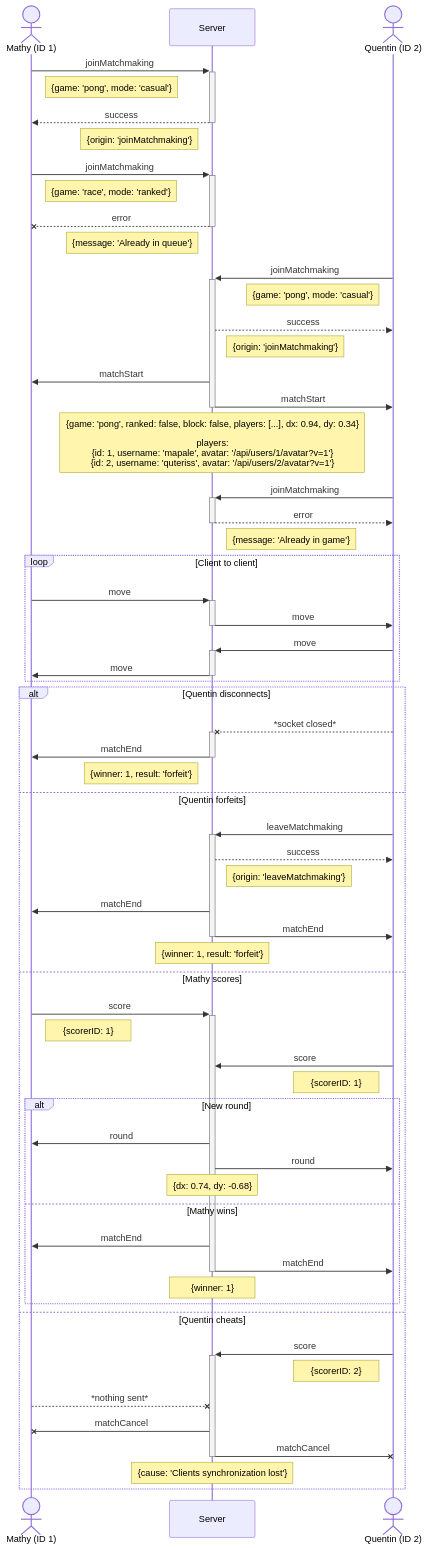
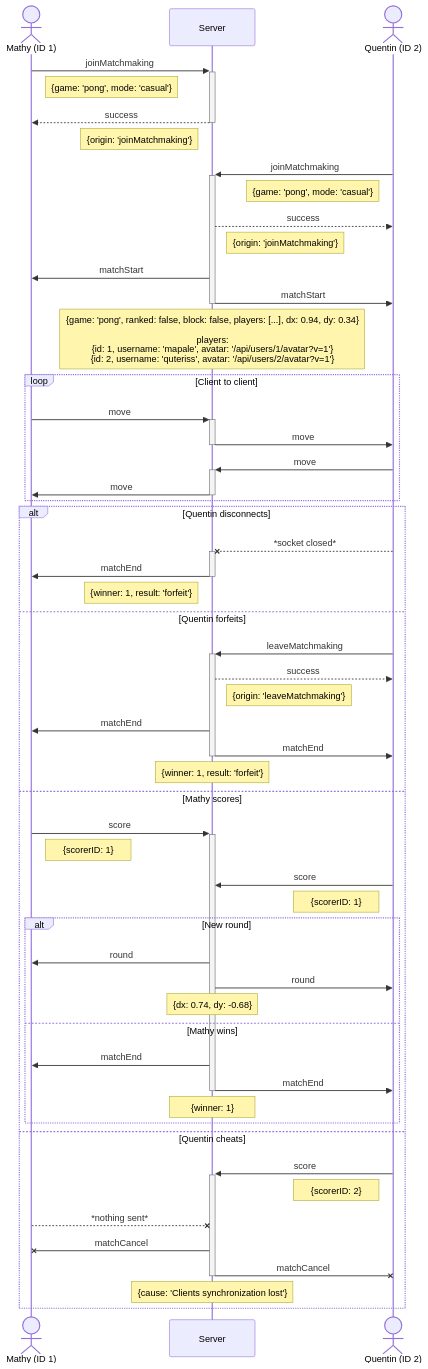
The diagram in docs/WebSocket/match.md (deydoux/42cursus-ft_transcendence), drawn with Mermaid before and after one commit.

Commit message:
fix: remove duplicate joinMatchmaking error handling in match sequence diagram

````diff
--- a/docs/WebSocket/match.md
+++ b/docs/WebSocket/match.md
@@ -3,74 +3,65 @@
 ```mermaid
 sequenceDiagram
   actor m as Mathy (ID 1)
   participant s as Server
   actor q as Quentin (ID 2)
 
   m ->>+ s: joinMatchmaking
   Note right of m: {game: 'pong', mode: 'casual'}
   s -->>- m: success
   Note left of s: {origin: 'joinMatchmaking'}
 
-  m ->>+ s: joinMatchmaking
-  Note right of m: {game: 'race', mode: 'ranked'}
-  s --x- m: error
-  Note left of s: {message: 'Already in queue'}
-
   q ->>+ s: joinMatchmaking
   Note left of q: {game: 'pong', mode: 'casual'}
   s -->> q: success
   Note right of s: {origin: 'joinMatchmaking'}
 
   s ->> m: matchStart
   s ->>- q: matchStart
   Note over s: {game: 'pong', ranked: false, block: false, players: [...], dx: 0.94, dy: 0.34}<br><br> players:<br>{id: 1, username: 'mapale', avatar: '/api/users/1/avatar?v=1'}<br>{id: 2, username: 'quteriss', avatar: '/api/users/2/avatar?v=1'}
-
-  q ->>+ s: joinMatchmaking
-  s -->>- q: error
-  Note right of s: {message: 'Already in game'}
 
   loop Client to client
     m ->>+ s: move
     s ->>- q: move
     q ->>+ s: move
     s ->>- m: move
   end
 
   alt Quentin disconnects
     q --x+ s: *socket closed*
     s ->>- m: matchEnd
     Note left of s: {winner: 1, result: 'forfeit'}
 
   else Quentin forfeits
     q ->>+ s: leaveMatchmaking
     s -->> q: success
     Note right of s: {origin: 'leaveMatchmaking'}
     s ->> m: matchEnd
     s ->>- q: matchEnd
     Note over s: {winner: 1, result: 'forfeit'}
 
   else Mathy scores
     m ->>+ s: score
     Note right of m: {scorerID: 1}
     q ->> s: score
     Note left of q: {scorerID: 1}
 
     alt New round
       s ->> m: round
       s ->> q: round
       Note over s: {dx: 0.74, dy: -0.68}
     else Mathy wins
       s ->> m: matchEnd
       s ->>- q: matchEnd
       Note over s: {winner: 1}
     end
 
   else Quentin cheats
     q ->>+ s: score
     Note left of q: {scorerID: 2}
     m --x s: *nothing sent*
     s -x m: matchCancel
     s -x- q: matchCancel
     Note over s: {cause: 'Clients synchronization lost'}
   end
 ```
````
